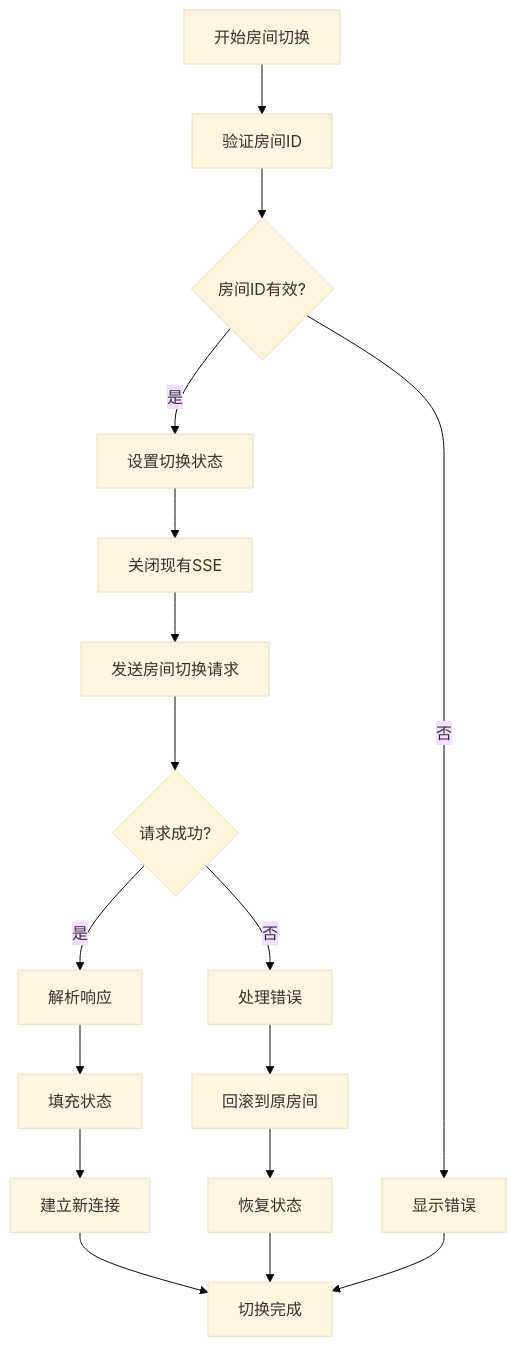
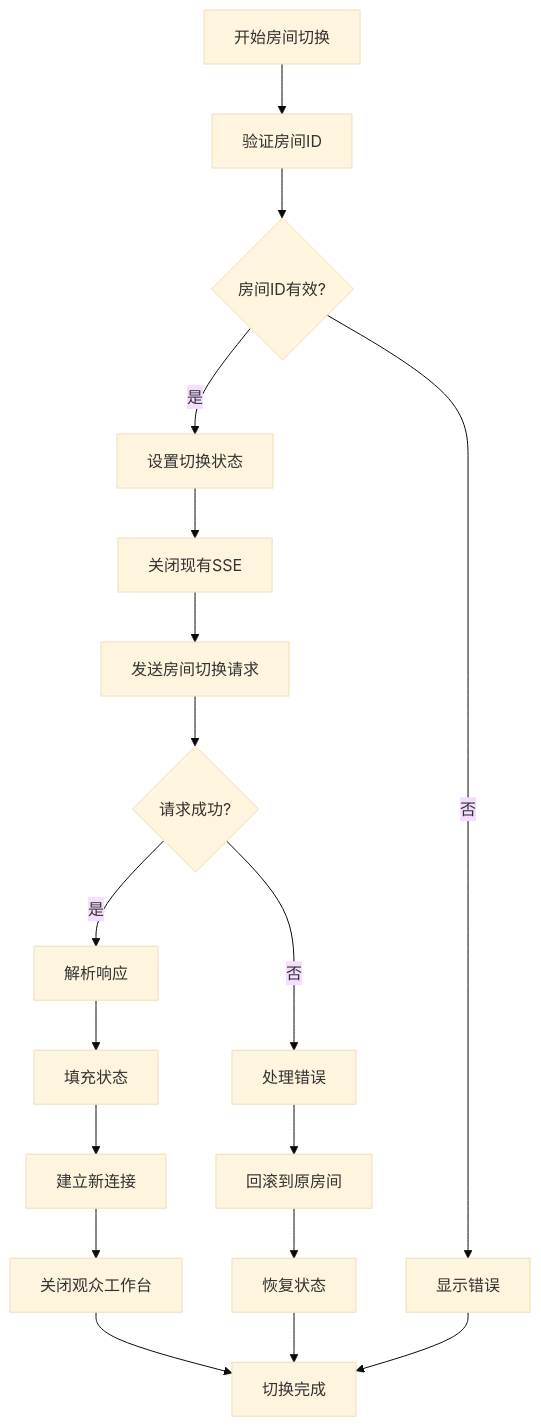
Before and after one commit to Moon-Force/DouYin_llm: the sixth of 22 diagrams in .qoder/repowiki/zh/content/前端应用/状态管理 (Pinia).md, drawn with Mermaid (base theme). The commit also changed other lines of this file and 17 other files, not shown here.

````diff
--- a/.qoder/repowiki/zh/content/前端应用/状态管理 (Pinia).md
+++ b/.qoder/repowiki/zh/content/前端应用/状态管理 (Pinia).md
@@ -221,19 +240,20 @@
 ```mermaid
 flowchart TD
 Start[开始房间切换] --> Validate[验证房间ID]
 Validate --> Valid{房间ID有效?}
 Valid --> |否| ShowError[显示错误]
 Valid --> |是| SetSwitching[设置切换状态]
 SetSwitching --> CloseStream[关闭现有SSE]
 CloseStream --> SendRequest[发送房间切换请求]
 SendRequest --> RequestOk{请求成功?}
 RequestOk --> |否| HandleError[处理错误]
 RequestOk --> |是| ParseResponse[解析响应]
 ParseResponse --> HydrateState[填充状态]
 HydrateState --> OpenStream[建立新连接]
-OpenStream --> Complete[切换完成]
+OpenStream --> CloseWorkbench[关闭观众工作台]
+CloseWorkbench --> Complete[切换完成]
 HandleError --> Bootstrap[回滚到原房间]
 Bootstrap --> RestoreState[恢复状态]
 RestoreState --> Complete
 ShowError --> Complete
 ```
````
